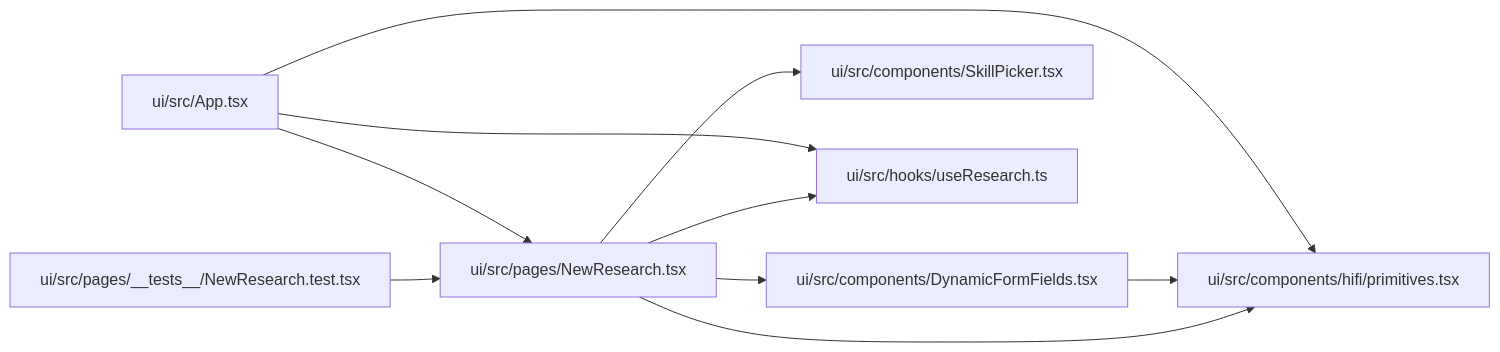
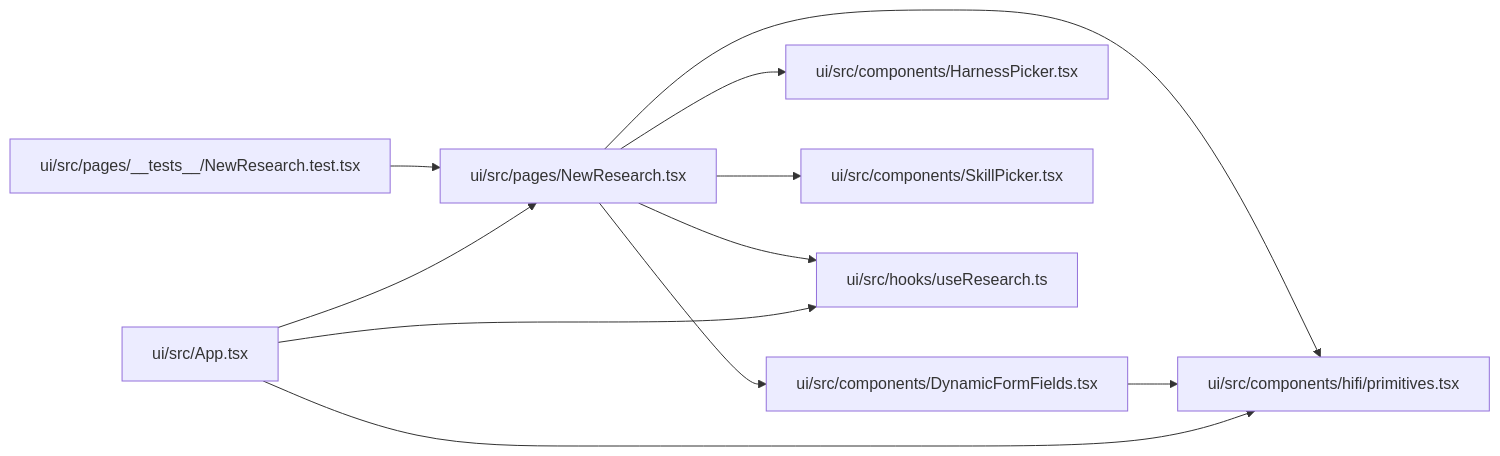
Before and after one commit to Denissvgn/autoresearch-agent: the diagram in docs/llm_wiki/modules/NewResearch.md, drawn with Mermaid. The commit also changed other lines of this file and 1033 other files, not shown here.

````diff
--- a/docs/llm_wiki/modules/NewResearch.md
+++ b/docs/llm_wiki/modules/NewResearch.md
@@ -30,26 +31,29 @@
 ```mermaid
 flowchart LR
     n0["ui/src/App.tsx"]
     n1["ui/src/components/DynamicFormFields.tsx"]
-    n2["ui/src/components/hifi/primitives.tsx"]
-    n3["ui/src/components/SkillPicker.tsx"]
-    n4["ui/src/hooks/useResearch.ts"]
-    n5["ui/src/pages/__tests__/NewResearch.test.tsx"]
-    n6["ui/src/pages/NewResearch.tsx"]
-    n0 --> n2
-    n0 --> n4
-    n0 --> n6
-    n1 --> n2
-    n5 --> n6
-    n6 --> n1
-    n6 --> n2
-    n6 --> n3
-    n6 --> n4
+    n2["ui/src/components/HarnessPicker.tsx"]
+    n3["ui/src/components/hifi/primitives.tsx"]
+    n4["ui/src/components/SkillPicker.tsx"]
+    n5["ui/src/hooks/useResearch.ts"]
+    n6["ui/src/pages/__tests__/NewResearch.test.tsx"]
+    n7["ui/src/pages/NewResearch.tsx"]
+    n0 --> n3
+    n0 --> n5
+    n0 --> n7
+    n1 --> n3
+    n6 --> n7
+    n7 --> n1
+    n7 --> n2
+    n7 --> n3
+    n7 --> n4
+    n7 --> n5
     click n0 "../modules/App.md"
     click n1 "../modules/DynamicFormFields.md"
-    click n2 "../modules/primitives.md"
-    click n3 "../modules/SkillPicker.md"
-    click n4 "../modules/useResearch.md"
-    click n5 "../modules/NewResearch.test.md"
-    click n6 "../modules/NewResearch.md"
+    click n2 "../modules/HarnessPicker.md"
+    click n3 "../modules/primitives.md"
+    click n4 "../modules/SkillPicker.md"
+    click n5 "../modules/useResearch.md"
+    click n6 "../modules/NewResearch.test.md"
+    click n7 "../modules/NewResearch.md"
 ```
````
